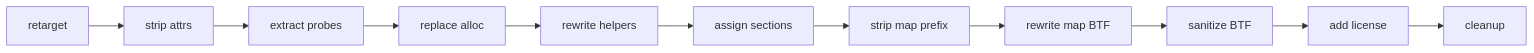
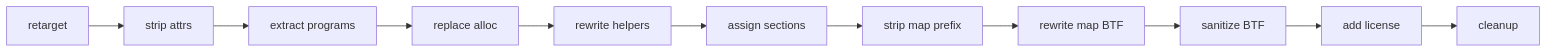
One commit to kyleseneker/tinybpf changed the second of 2 diagrams in docs/ARCHITECTURE.md. Above: the diagram before and after it, drawn with Mermaid. The commit also changed other lines of this file and 19 other files, not shown here.

````diff
--- a/docs/ARCHITECTURE.md
+++ b/docs/ARCHITECTURE.md
@@ -99,13 +99,13 @@
 ```mermaid
 graph LR
     A["retarget"] --> B["strip attrs"]
-    B --> C["extract probes"]
+    B --> C["extract programs"]
     C --> D["replace alloc"]
     D --> E["rewrite helpers"]
     E --> F["assign sections"]
     F --> G["strip map prefix"]
     G --> H["rewrite map BTF"]
     H --> I["sanitize BTF"]
     I --> J["add license"]
     J --> K["cleanup"]
 ```
````
